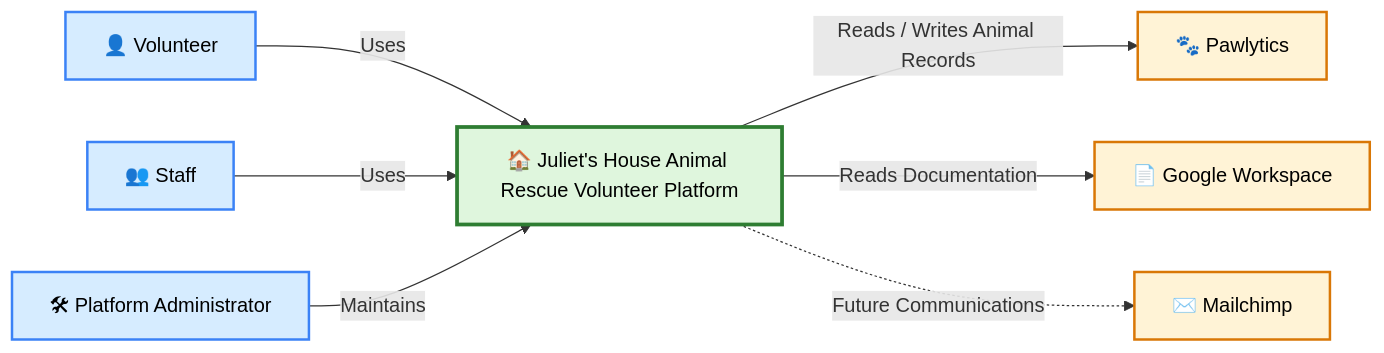
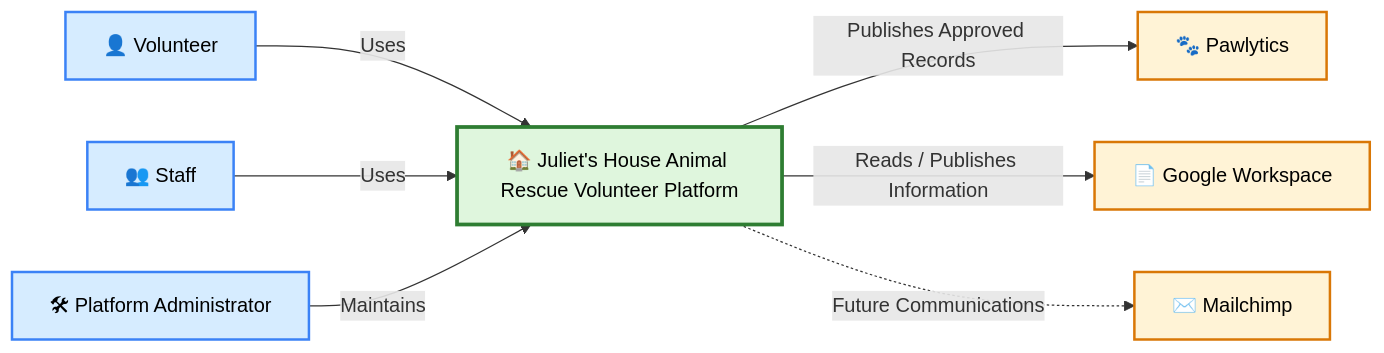
Before and after one commit to LordHaplo01/juliets-house-animal-rescue-architecture: the diagram in diagrams/context/01-system-context.md, drawn with Mermaid. The commit also changed other lines of this file and 4 other files, not shown here.

Commit message:
docs(architecture): introduce Platform Services layer

````diff
--- a/diagrams/context/01-system-context.md
+++ b/diagrams/context/01-system-context.md
@@ -16,34 +16,34 @@
 ```mermaid
 flowchart LR
 
 %% Actors
 Volunteer["👤 Volunteer"]
 Staff["👥 Staff"]
 Admin["🛠 Platform Administrator"]
 
 %% Platform
 Platform["🏠 Juliet's House Animal Rescue Volunteer Platform"]
 
 %% External Systems
 Pawlytics["🐾 Pawlytics"]
 Google["📄 Google Workspace"]
 Mailchimp["✉️ Mailchimp"]
 
 %% Relationships
 Volunteer -->|Uses| Platform
 Staff -->|Uses| Platform
 Admin -->|Maintains| Platform
 
-Platform -->|Reads / Writes Animal Records| Pawlytics
-Platform -->|Reads Documentation| Google
+Platform -->|Publishes Approved Records| Pawlytics
+Platform -->|Reads / Publishes Information| Google
 Platform -.->|Future Communications| Mailchimp
 
 %% Styling
 classDef actor fill:#d6ecff,stroke:#3b82f6,color:#000,stroke-width:2px;
 classDef platform fill:#dff6dd,stroke:#2e7d32,color:#000,stroke-width:3px;
 classDef external fill:#fff3d6,stroke:#d97706,color:#000,stroke-width:2px;
 
 class Volunteer,Staff,Admin actor;
 class Platform platform;
 class Pawlytics,Google,Mailchimp external;
 ```
````
